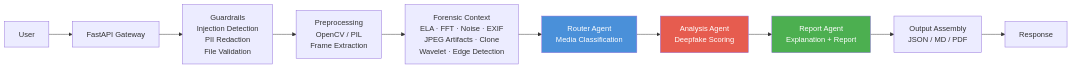
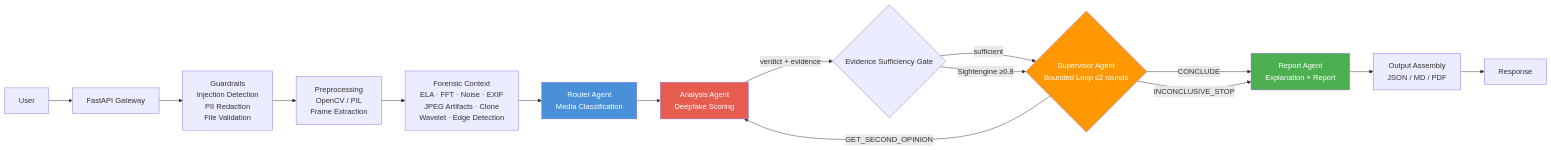
One commit to Amrutha-dev25/DeepGaurd-AI changed the first of 3 diagrams in deepguard-ai/README.md. Above: the diagram before and after it, drawn with Mermaid. The commit also changed other lines of this file and 6 other files, not shown here.

Commit message:
Updated the documentation according to the new architecture

````diff
--- a/deepguard-ai/README.md
+++ b/deepguard-ai/README.md
@@ -72,16 +72,22 @@
 ```mermaid
 flowchart LR
     U[User] --> FA[FastAPI Gateway]
     FA --> G[Guardrails<br/>Injection Detection<br/>PII Redaction<br/>File Validation]
     G --> PP[Preprocessing<br/>OpenCV / PIL<br/>Frame Extraction]
     PP --> FC[Forensic Context<br/>ELA · FFT · Noise · EXIF<br/>JPEG Artifacts · Clone<br/>Wavelet · Edge Detection]
     FC --> RA[Router Agent<br/>Media Classification]
     RA --> AA[Analysis Agent<br/>Deepfake Scoring]
-    AA --> RepA[Report Agent<br/>Explanation + Report]
+    AA -->|verdict + evidence| EG{Evidence Sufficiency Gate}
+    EG -->|sufficient| SV{Supervisor Agent<br/>Bounded Loop ≤2 rounds}
+    EG -->|Sightengine ≥0.8| SV
+    SV -->|CONCLUDE| RepA[Report Agent<br/>Explanation + Report]
+    SV -->|GET_SECOND_OPINION| AA
+    SV -->|INCONCLUSIVE_STOP| RepA
     RepA --> OA[Output Assembly<br/>JSON / MD / PDF]
     OA --> R[Response]
 
     style RA fill:#4a90d9,color:#fff
     style AA fill:#e65c4f,color:#fff
+    style SV fill:#ff9800,color:#fff
     style RepA fill:#4caf50,color:#fff
 ```
````
